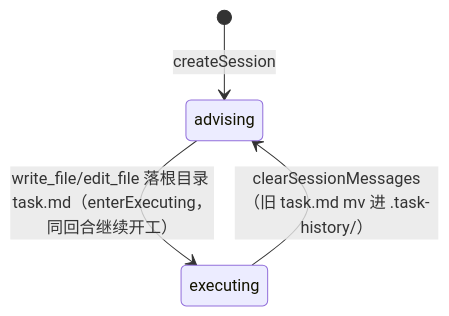
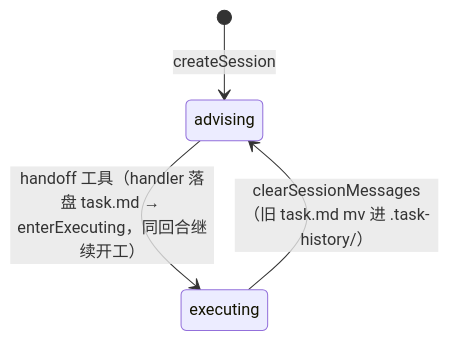
One commit to kicer/agent changed the third of 6 diagrams in docs/ARCHITECTURE.md. Above: the diagram before and after it, drawn with Mermaid. The commit also changed other lines of this file and 5 other files, not shown here.

````diff
--- a/docs/ARCHITECTURE.md
+++ b/docs/ARCHITECTURE.md
@@ -220,6 +220,6 @@
 ```mermaid
 stateDiagram-v2
     [*] --> advising: createSession
-    advising --> executing: write_file/edit_file 落根目录 task.md（enterExecuting，同回合继续开工）
+    advising --> executing: handoff 工具（handler 落盘 task.md → enterExecuting，同回合继续开工）
     executing --> advising: clearSessionMessages（旧 task.md mv 进 .task-history/）
 ```
````
